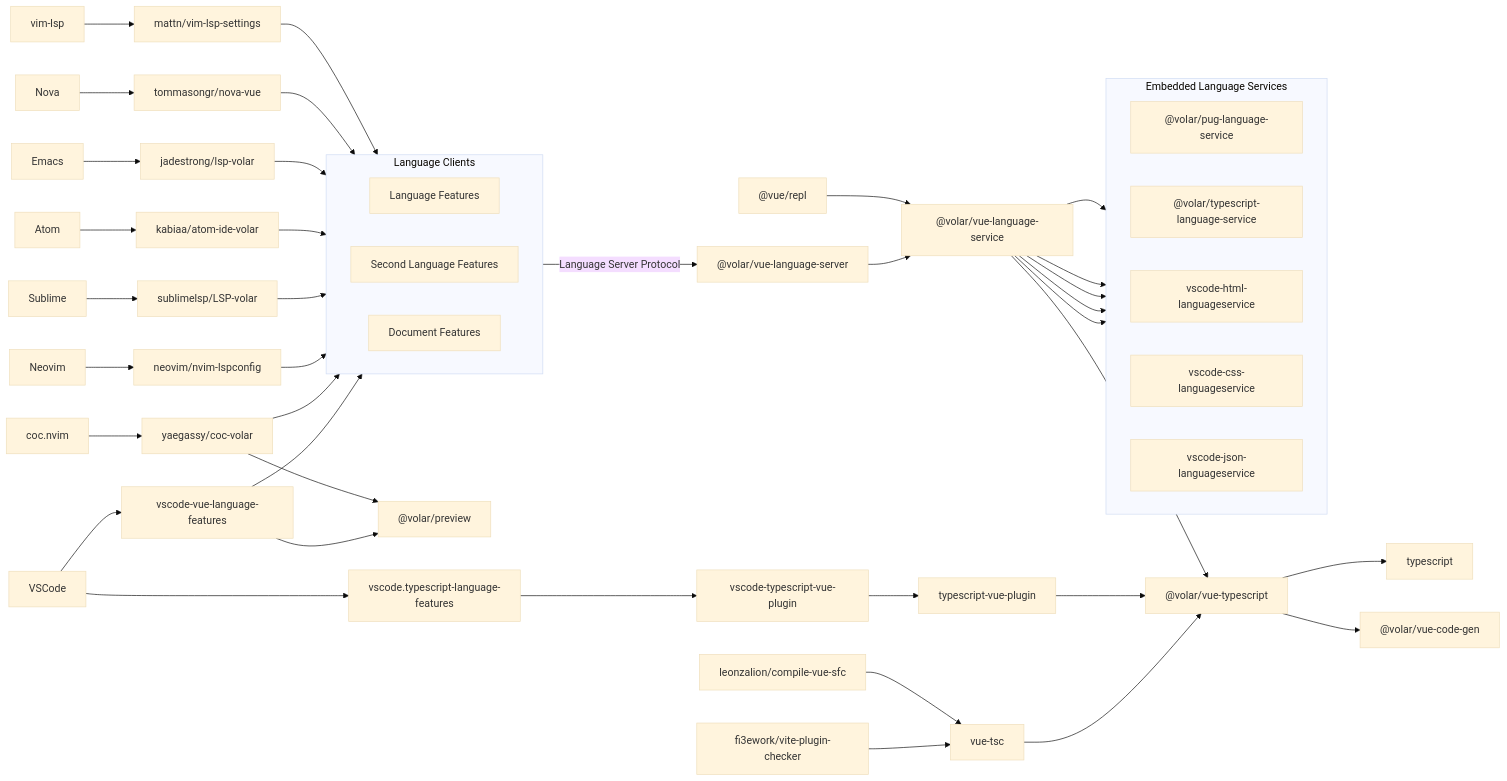
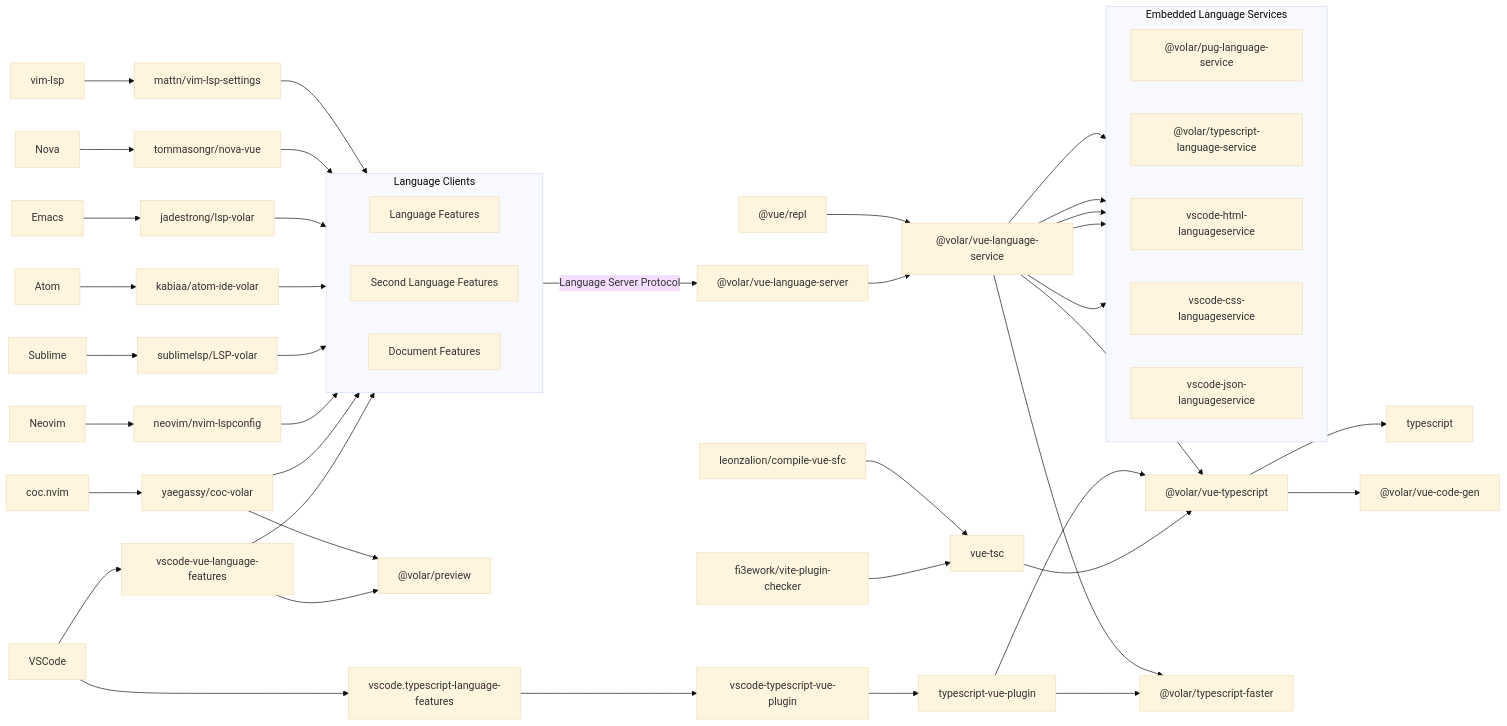
The diagram in README.md (vuejs/language-tools), drawn with Mermaid (base theme) before and after one commit.

Commit message:
chore: add `@volar/typescript-faster` to mermaid

```diff
--- a/README.md
+++ b/README.md
@@ -86,6 +86,7 @@
 	VOLAR_VUE_SERVICE["@volar/vue-language-service"]
 	VOLAR_PUG_SERVICE["@volar/pug-language-service"]
 	VOLAR_TS_SERVICE["@volar/typescript-language-service"]
+	VOLAR_TS_FASTER["@volar/typescript-faster"]
 	VOLAR_PREVIEW["@volar/preview"]
 	VUE_TSC[vue-tsc]
 	TS_VUE_PLUGIN[typescript-vue-plugin]
@@ -96,6 +97,7 @@
 	click VOLAR_VUE_SERVICE "https://github.com/johnsoncodehk/volar/tree/master/packages/vue-language-service"
 	click VOLAR_PUG_SERVICE "https://github.com/johnsoncodehk/volar/tree/master/packages/pug-language-service"
 	click VOLAR_TS_SERVICE "https://github.com/johnsoncodehk/volar/tree/master/packages/typescript-language-service"
+	click VOLAR_TS_FASTER "https://github.com/johnsoncodehk/volar/tree/master/packages/typescript-faster"
 	click VOLAR_PREVIEW "https://github.com/johnsoncodehk/volar/tree/master/packages/preview"
 	click VUE_TSC "https://github.com/johnsoncodehk/volar/tree/master/packages/vue-tsc"
 	click TS_VUE_PLUGIN "https://github.com/johnsoncodehk/volar/tree/master/packages/typescript-vue-plugin"
@@ -172,6 +174,9 @@
 	COMPILE_VUE_SFC --> VUE_TSC
 	TS_VUE_PLUGIN --> VOLAR_VUE_TS
 
+	TS_VUE_PLUGIN --> VOLAR_TS_FASTER
+	VOLAR_VUE_SERVICE --> VOLAR_TS_FASTER
+
 	VOLAR_VUE_SERVICE --> VOLAR_VUE_TS
 	VOLAR_VUE_SERVICE --> VOLAR_TS_SERVICE
 	VOLAR_VUE_SERVICE --> VOLAR_PUG_SERVICE
```
